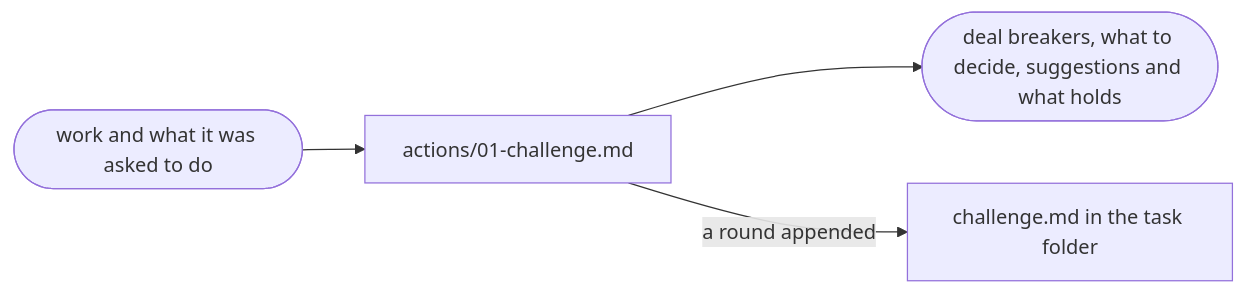
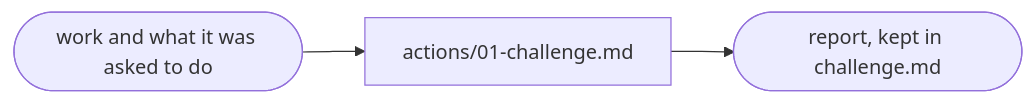
The diagram in plugins/aidd-refine/skills/02-challenge/SKILL.md (ai-driven-dev/framework), drawn with Mermaid before and after one commit. The commit also changed other lines of this file and 2 other files, not shown here.

Commit message:
refactor(aidd-refine): fit the challenge skill to the skill authoring rules
The description is one sentence under 150 characters, the diagram draws
only its action, and the lines that repeated the input, the template or
the append step are gone.

Claude-Session: https://claude.ai/code/session_01XeK3mBhjkzgush9W7NyP9C

````diff
--- a/plugins/aidd-refine/skills/02-challenge/SKILL.md
+++ b/plugins/aidd-refine/skills/02-challenge/SKILL.md
@@ -9,6 +9,5 @@
 ```mermaid
 flowchart LR
   work([work and what it was asked to do]) --> challenge["actions/01-challenge.md"]
-  challenge --> report([deal breakers, what to decide, suggestions and what holds])
-  challenge -->|"a round appended"| file["challenge.md in the task folder"]
+  challenge --> report([report, kept in challenge.md])
 ```
````
